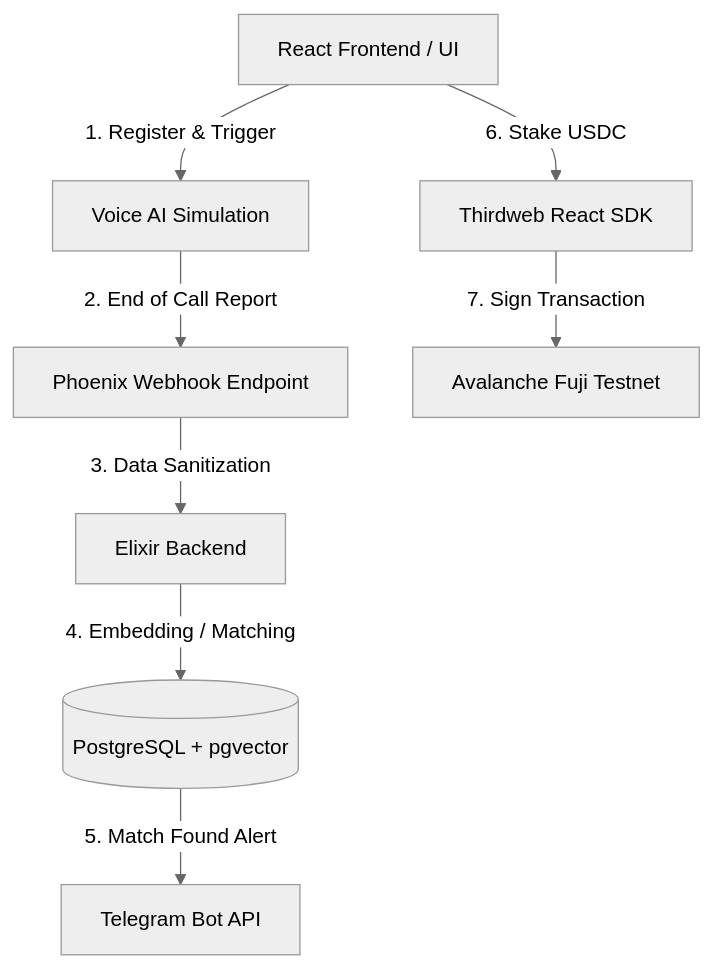
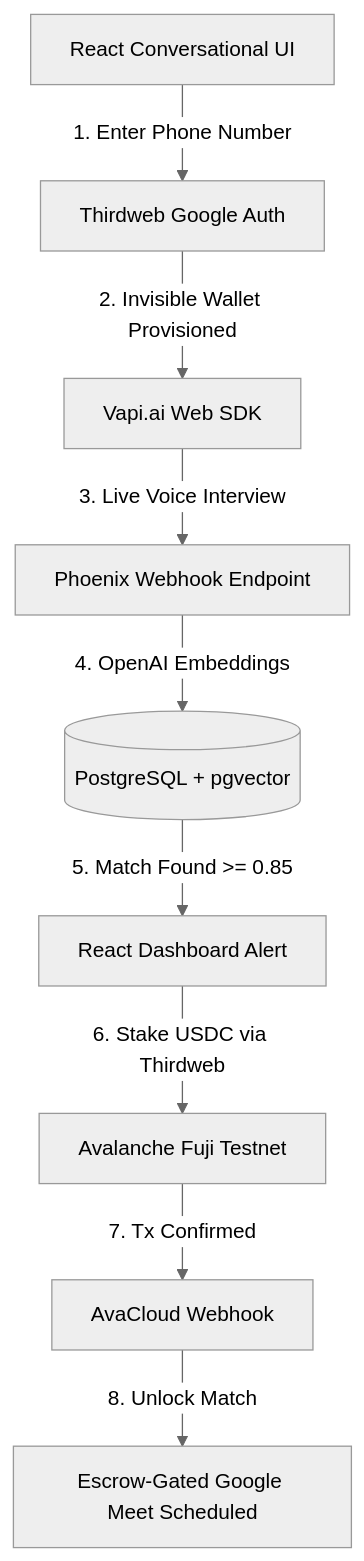
Before and after one commit to okumuraven/Boardy.ai: the diagram in ARCHITECTURE.md, drawn with Mermaid (neutral theme). The commit also changed other lines of this file and 16 other files, not shown here.

````diff
--- a/ARCHITECTURE.md
+++ b/ARCHITECTURE.md
@@ -10,10 +10,11 @@
 ```mermaid
 graph TD
-    A[React Frontend / UI] -->|1. Register & Trigger| B[Voice AI Simulation]
-    B -->|2. End of Call Report| C[Phoenix Webhook Endpoint]
-    C -->|3. Data Sanitization| D[Elixir Backend]
-    D -->|4. Embedding / Matching| E[(PostgreSQL + pgvector)]
-    E -->|5. Match Found Alert| F[Telegram Bot API]
-    A -->|6. Stake USDC| G[Thirdweb React SDK]
-    G -->|7. Sign Transaction| H[Avalanche Fuji Testnet]
+    A[React Conversational UI] -->|1. Enter Phone Number| B[Thirdweb Google Auth]
+    B -->|2. Invisible Wallet Provisioned| C[Vapi.ai Web SDK]
+    C -->|3. Live Voice Interview| D[Phoenix Webhook Endpoint]
+    D -->|4. OpenAI Embeddings| E[(PostgreSQL + pgvector)]
+    E -->|5. Match Found >= 0.85| F[React Dashboard Alert]
+    F -->|6. Stake USDC via Thirdweb| G[Avalanche Fuji Testnet]
+    G -->|7. Tx Confirmed| H[AvaCloud Webhook]
+    H -->|8. Unlock Match| I[Escrow-Gated Google Meet Scheduled]
 ```
````
